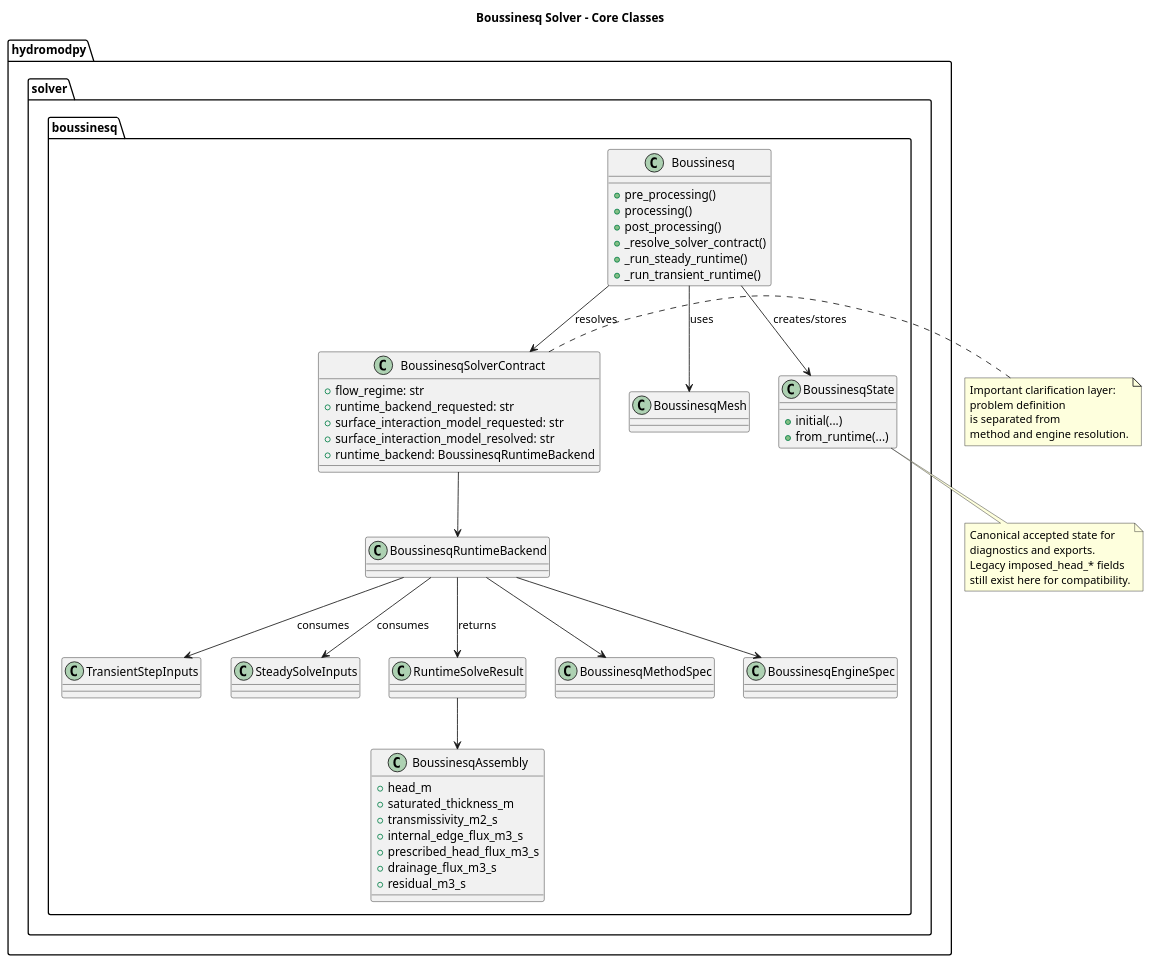
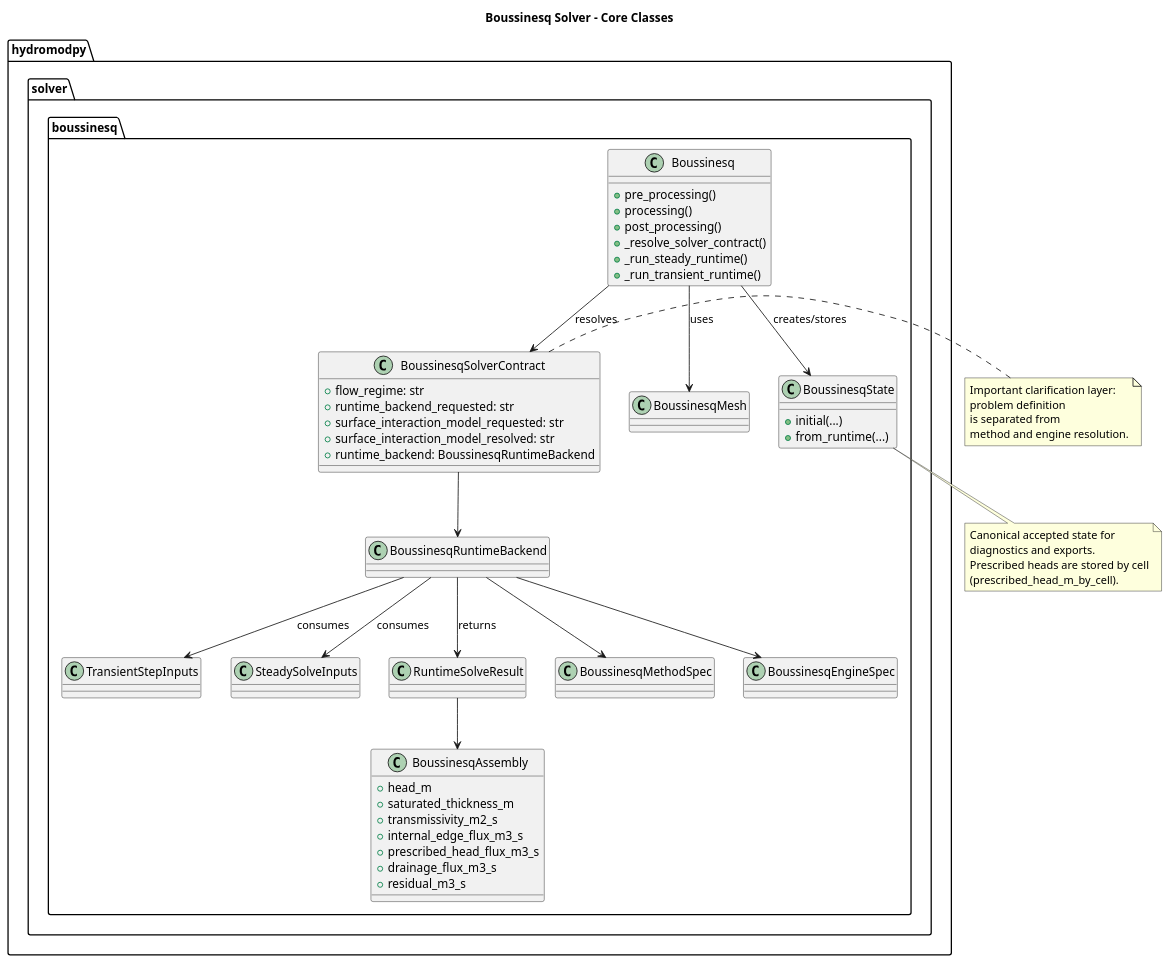
Before and after one commit to HydroModPy/HydroModPy: the diagram in docs/source/contribute/architecture/solver/diagrams/boussinesq_core_classes.wsd, drawn with PlantUML. The commit also changed 636 other files, not shown here.

```diff
--- a/docs/source/contribute/architecture/solver/diagrams/boussinesq_core_classes.wsd
+++ b/docs/source/contribute/architecture/solver/diagrams/boussinesq_core_classes.wsd
@@ -1,72 +1,72 @@
 @startuml
 allowmixing
 title Boussinesq Solver - Core Classes
 
 package "hydromodpy.solver.boussinesq" {
   class Boussinesq {
     +pre_processing()
     +processing()
     +post_processing()
     +_resolve_solver_contract()
     +_run_steady_runtime()
     +_run_transient_runtime()
   }
 
   class BoussinesqSolverContract {
     +flow_regime: str
     +runtime_backend_requested: str
     +surface_interaction_model_requested: str
     +surface_interaction_model_resolved: str
     +runtime_backend: BoussinesqRuntimeBackend
   }
 
   class BoussinesqMesh
   class BoussinesqState {
     +initial(...)
     +from_runtime(...)
   }
 
   class BoussinesqAssembly {
     +head_m
     +saturated_thickness_m
     +transmissivity_m2_s
     +internal_edge_flux_m3_s
     +prescribed_head_flux_m3_s
     +drainage_flux_m3_s
     +residual_m3_s
   }
 
   class TransientStepInputs
   class SteadySolveInputs
   class RuntimeSolveResult
   class BoussinesqRuntimeBackend
   class BoussinesqMethodSpec
   class BoussinesqEngineSpec
 }
 
 Boussinesq --> BoussinesqMesh : uses
 Boussinesq --> BoussinesqState : creates/stores
 Boussinesq --> BoussinesqSolverContract : resolves
 BoussinesqSolverContract --> BoussinesqRuntimeBackend
 BoussinesqRuntimeBackend --> BoussinesqMethodSpec
 BoussinesqRuntimeBackend --> BoussinesqEngineSpec
 BoussinesqRuntimeBackend --> TransientStepInputs : consumes
 BoussinesqRuntimeBackend --> SteadySolveInputs : consumes
 BoussinesqRuntimeBackend --> RuntimeSolveResult : returns
 RuntimeSolveResult --> BoussinesqAssembly
 
 note bottom of BoussinesqState
 Canonical accepted state for
 diagnostics and exports.
-Legacy imposed_head_* fields
-still exist here for compatibility.
+Prescribed heads are stored by cell
+(prescribed_head_m_by_cell).
 end note
 
 note right of BoussinesqSolverContract
 Important clarification layer:
 problem definition
 is separated from
 method and engine resolution.
 end note
 
 @enduml
```
